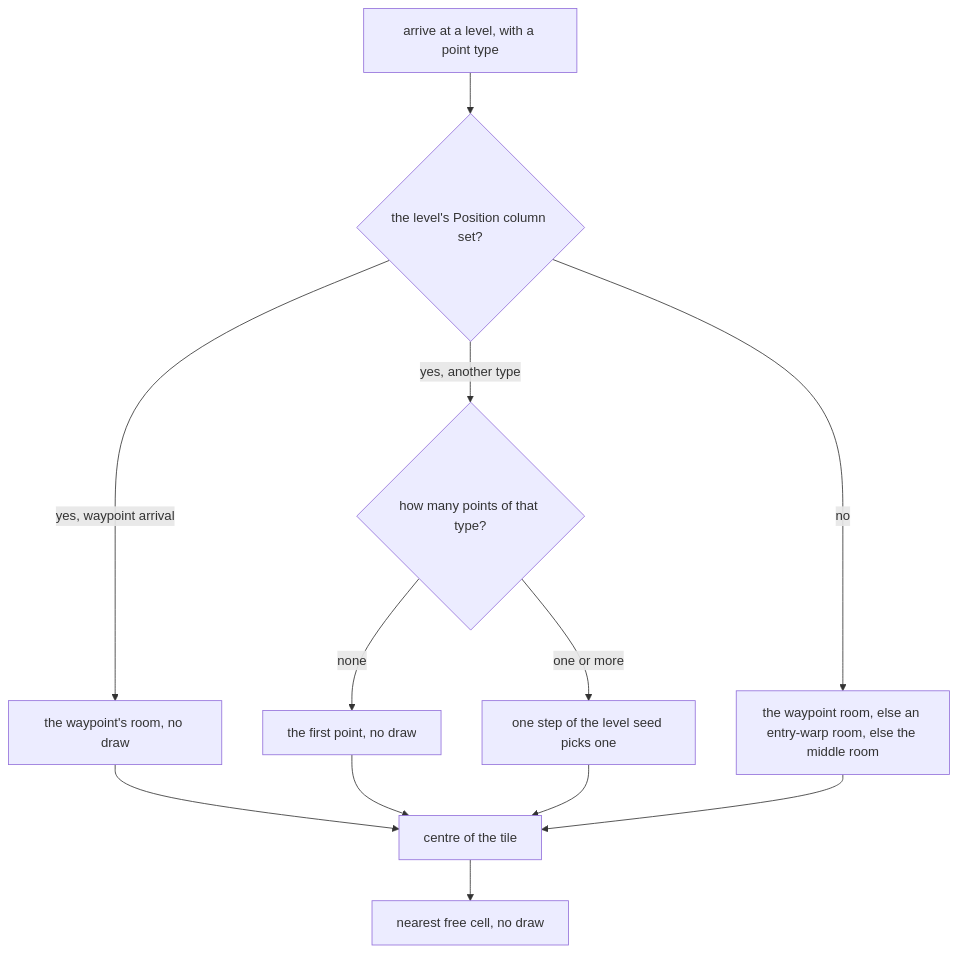
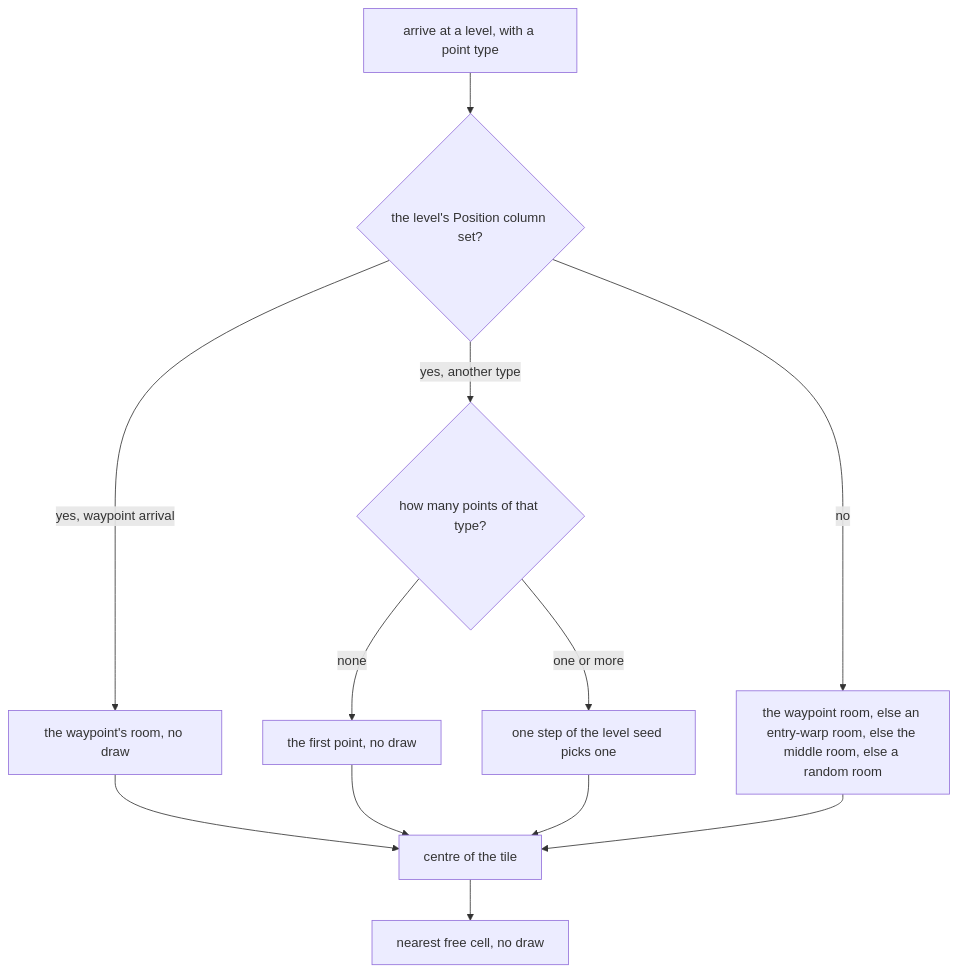
The sixth of 9 diagrams in docs/wiki/quests.md (IgorKonovalov/diablo-2-recompilation), drawn with Mermaid before and after one commit. The commit also changed other lines of this file and 8 other files, not shown here.

````diff
--- a/docs/wiki/quests.md
+++ b/docs/wiki/quests.md
@@ -349,14 +350,14 @@
 ```mermaid
 flowchart TD
   s["arrive at a level, with a point type"] --> p{"the level's Position column set?"}
   p -->|"yes, waypoint arrival"| wr["the waypoint's room, no draw"]
   p -->|"yes, another type"| n{"how many points of that type?"}
   n -->|"none"| p0["the first point, no draw"]
   n -->|"one or more"| d["one step of the level seed picks one"]
-  p -->|"no"| f["the waypoint room, else an entry-warp room, else the middle room"]
+  p -->|"no"| f["the waypoint room, else an entry-warp room, else the middle room, else a random room"]
   wr --> sub["centre of the tile"]
   p0 --> sub
   d --> sub
   f --> sub
   sub --> free["nearest free cell, no draw"]
 ```
````
